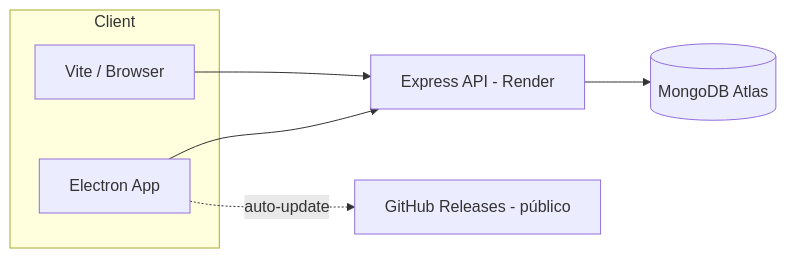
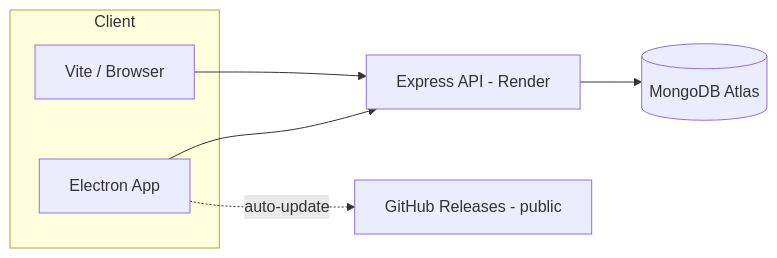
Before and after one commit to TheIllusionary/RPG-Party-Manager: the first of 2 diagrams in docs/PROJECT_OVERVIEW.md, drawn with Mermaid. The commit also changed other lines of this file and 25 other files, not shown here.

````diff
--- a/docs/PROJECT_OVERVIEW.md
+++ b/docs/PROJECT_OVERVIEW.md
@@ -89,15 +89,15 @@
 ```mermaid
 flowchart LR
     subgraph Client
         Browser[Vite / Browser]
         Electron[Electron App]
     end
     API[Express API - Render]
     Mongo[(MongoDB Atlas)]
-    Releases[GitHub Releases - público]
+    Releases[GitHub Releases - public]
 
     Browser --> API
     Electron --> API
     API --> Mongo
     Electron -.->|auto-update| Releases
 ```
````
